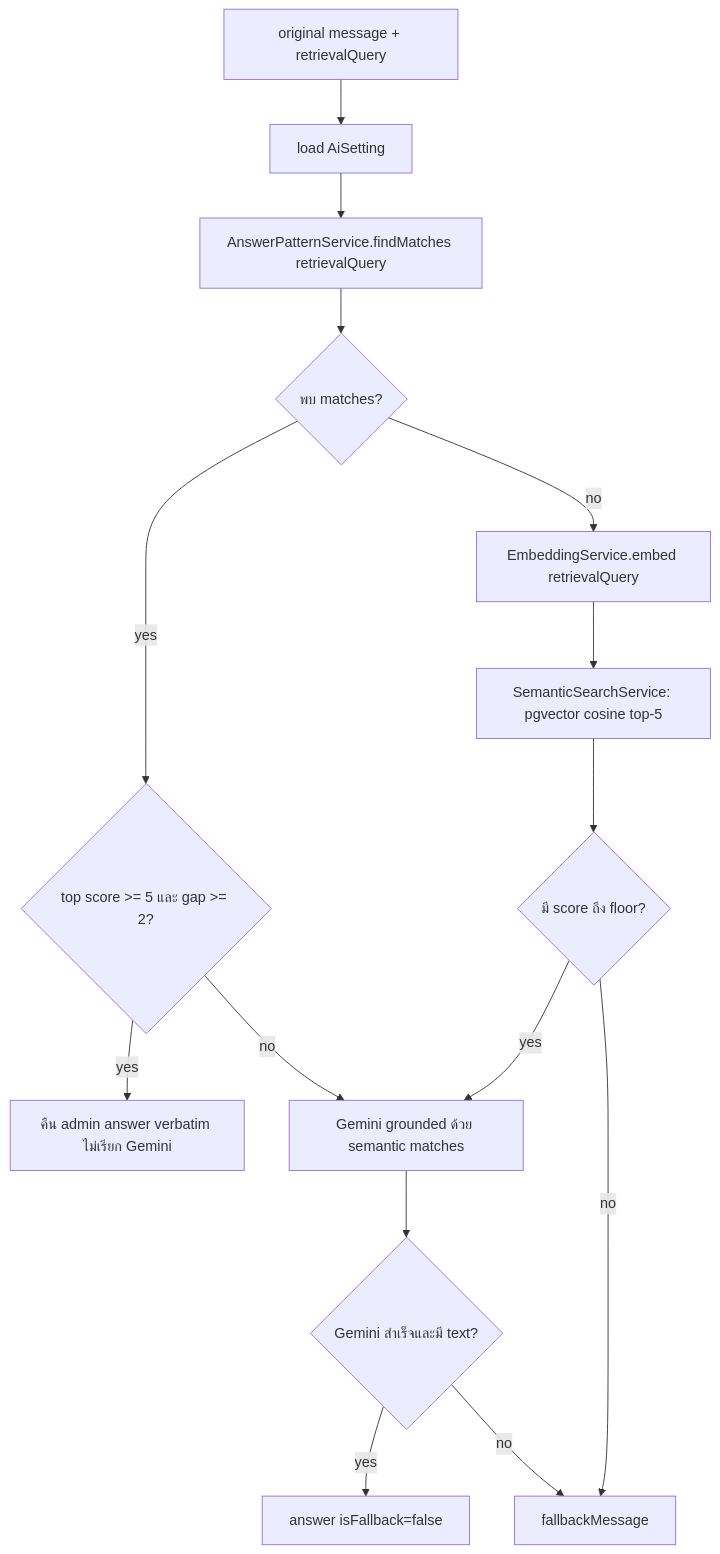
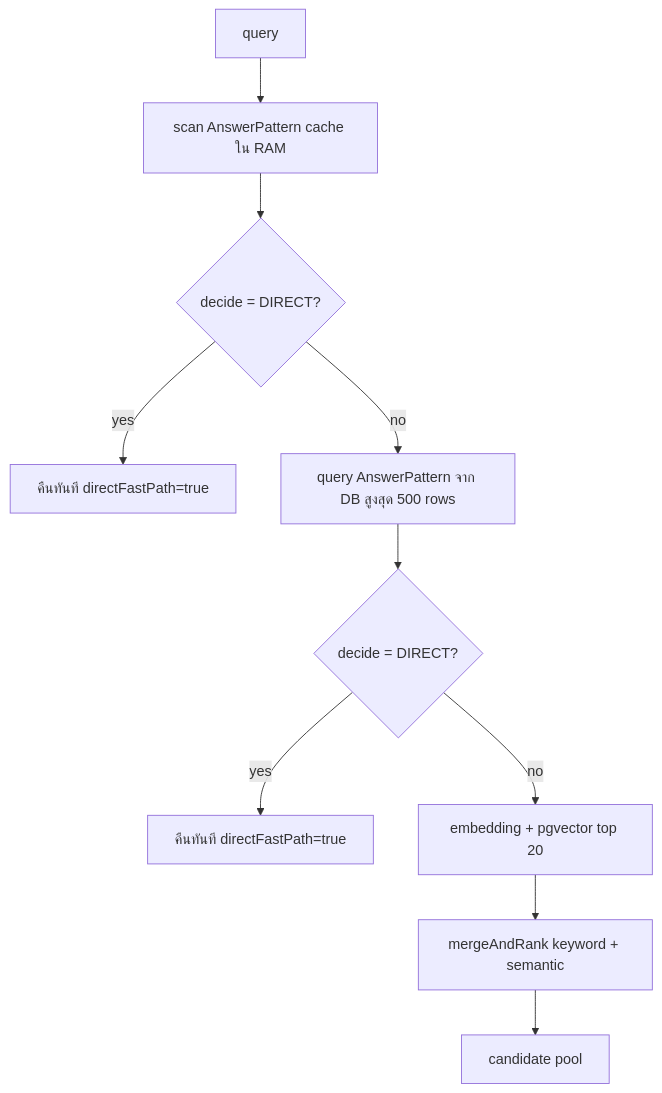
Before and after one commit to Codeine999/chatbot-agents: the third of 4 diagrams in docs/line-message-e2e-current.md, drawn with Mermaid. The commit also changed other lines of this file and 5 other files, not shown here.

````diff
--- a/docs/line-message-e2e-current.md
+++ b/docs/line-message-e2e-current.md
@@ -429,17 +622,12 @@
 ```mermaid
 flowchart TD
-    Q[original message + retrievalQuery] --> S[load AiSetting]
-    S --> D[AnswerPatternService.findMatches retrievalQuery]
-    D --> H{พบ matches?}
-    H -- yes --> V{top score >= 5 และ gap >= 2?}
-    V -- yes --> A[คืน admin answer verbatim ไม่เรียก Gemini]
-    V -- no --> G[Gemini grounded ด้วย matches + history]
-    H -- no --> E[EmbeddingService.embed retrievalQuery]
-    E --> VEC[SemanticSearchService: pgvector cosine top-5]
-    VEC --> VH{มี score ถึง floor?}
-    VH -- yes --> G[Gemini grounded ด้วย semantic matches]
-    VH -- no --> F[fallbackMessage]
-    G --> R{Gemini สำเร็จและมี text?}
-    R -- yes --> OK[answer isFallback=false]
-    R -- no --> F
+    Q[query] --> C[scan AnswerPattern cache ใน RAM]
+    C --> C1{decide = DIRECT?}
+    C1 -- yes --> OUT1[คืนทันที directFastPath=true]
+    C1 -- no --> D[query AnswerPattern จาก DB สูงสุด 500 rows]
+    D --> D1{decide = DIRECT?}
+    D1 -- yes --> OUT2[คืนทันที directFastPath=true]
+    D1 -- no --> E[embedding + pgvector top 20]
+    E --> M[mergeAndRank keyword + semantic]
+    M --> OUT3[candidate pool]
 ```
````
